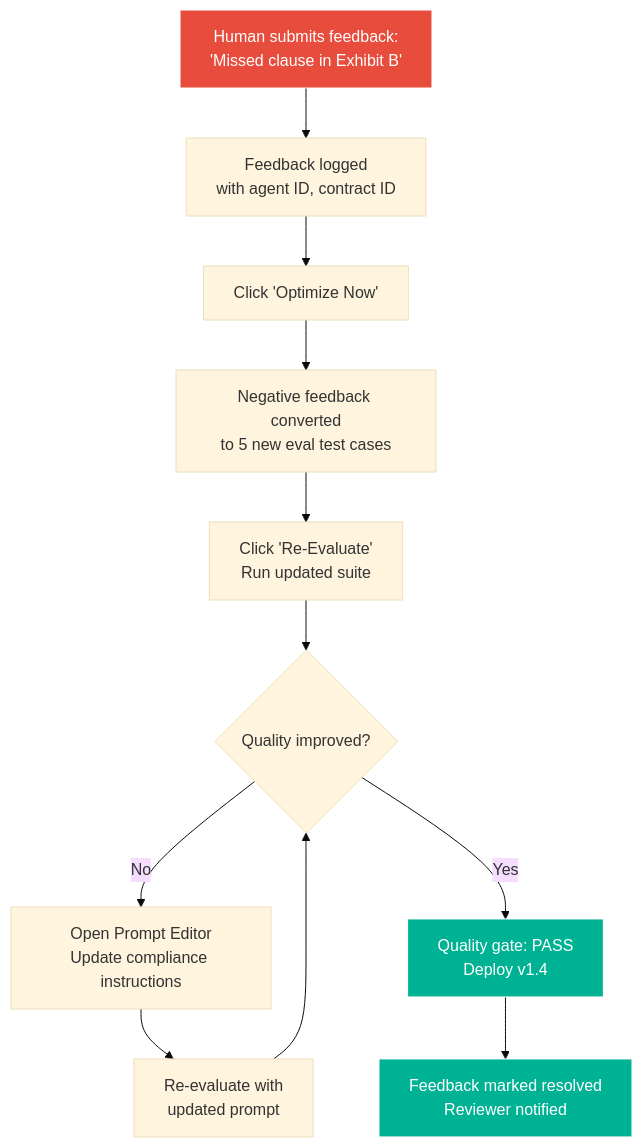
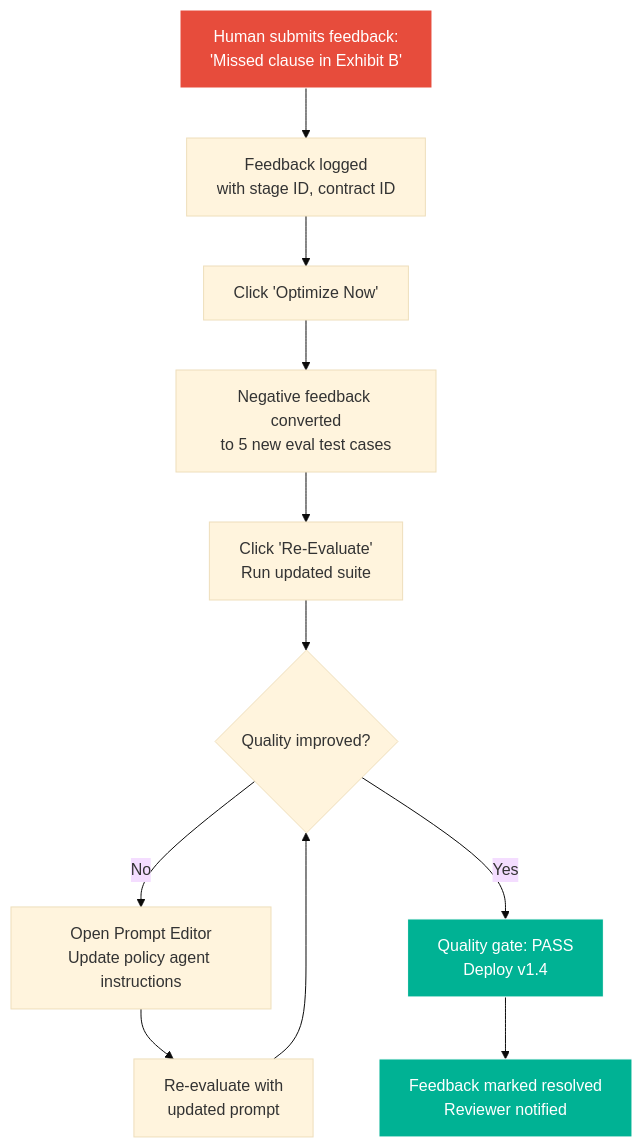
The fourth of 4 diagrams in contract-agentops-demo/docs/ux/UX-ContractAgentOps-Dashboard.md (jnPiyush/AgentOps), drawn with Mermaid (base theme) before and after one commit. The commit also changed other lines of this file and 86 other files, not shown here.

````diff
--- a/contract-agentops-demo/docs/ux/UX-ContractAgentOps-Dashboard.md
+++ b/contract-agentops-demo/docs/ux/UX-ContractAgentOps-Dashboard.md
@@ -209,17 +211,17 @@
 ```mermaid
 flowchart TD
-    A["Human submits feedback:\n'Missed clause in Exhibit B'"] --> B["Feedback logged\nwith agent ID, contract ID"]
+    A["Human submits feedback:\n'Missed clause in Exhibit B'"] --> B["Feedback logged\nwith stage ID, contract ID"]
     B --> C["Click 'Optimize Now'"]
     C --> D["Negative feedback converted\nto 5 new eval test cases"]
     D --> E["Click 'Re-Evaluate'\nRun updated suite"]
     E --> F{"Quality improved?"}
-    F -->|No| G["Open Prompt Editor\nUpdate compliance instructions"]
+    F -->|No| G["Open Prompt Editor\nUpdate policy agent instructions"]
     G --> H["Re-evaluate with\nupdated prompt"]
     H --> F
     F -->|Yes| I["Quality gate: PASS\nDeploy v1.4"]
     I --> J["Feedback marked resolved\nReviewer notified"]
 
     style A fill:#E74C3C,stroke:#fff,color:#fff
     style I fill:#00B294,stroke:#fff,color:#fff
     style J fill:#00B294,stroke:#fff,color:#fff
 ```
````
